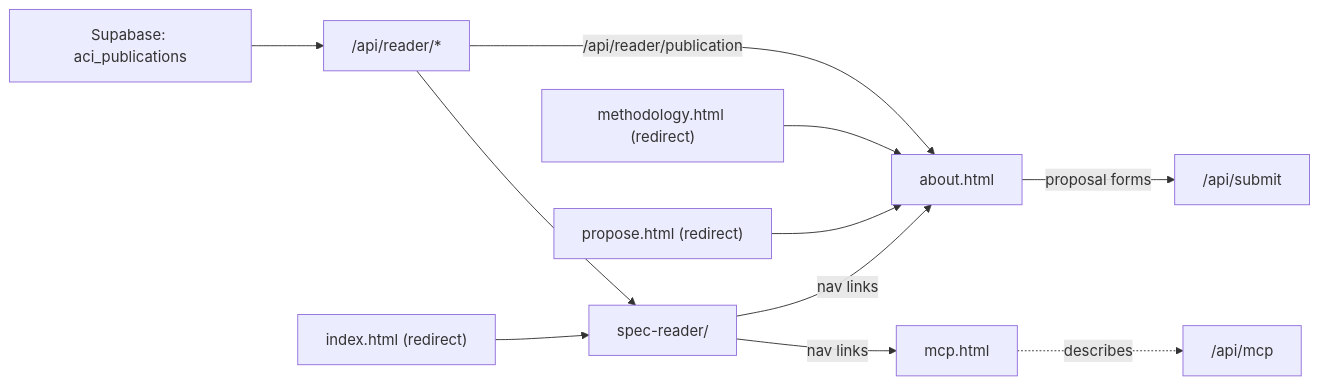
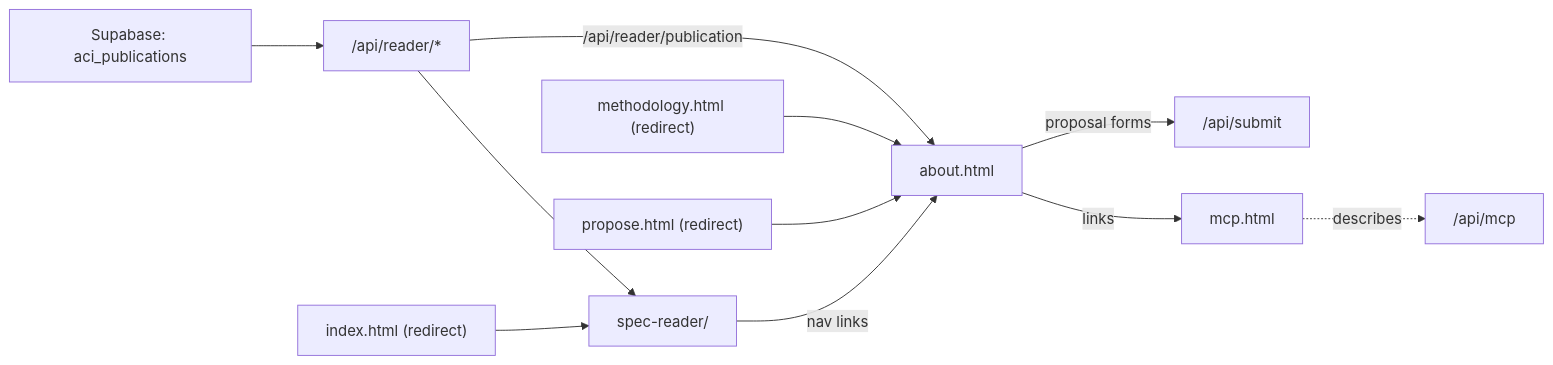
One commit to polariscollective/ai-character-index changed the diagram in site/OVERVIEW.md. Above: the diagram before and after it, drawn with Mermaid. The commit also changed other lines of this file and 1 other file, not shown here.

First line of the commit message:
content: About opens on About us, the assistant section becomes How to use this tool, and What the index reads and What it does not tell you are gone

````diff
--- a/site/OVERVIEW.md
+++ b/site/OVERVIEW.md
@@ -37,13 +37,13 @@
 ```mermaid
 graph LR
   db["Supabase: aci_publications"] --> routes["/api/reader/*"]
   routes --> reader["spec-reader/"]
   routes -->|"/api/reader/publication"| how["about.html"]
   index["index.html (redirect)"] --> reader
   methodology["methodology.html (redirect)"] --> how
   propose["propose.html (redirect)"] --> how
   how -->|"proposal forms"| submit["/api/submit"]
   mcp["mcp.html"] -.->|"describes"| endpoint["/api/mcp"]
   reader -->|"nav links"| how
-  reader -->|"nav links"| mcp
+  how -->|"links"| mcp
 ```
````
